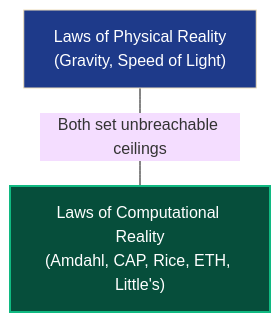
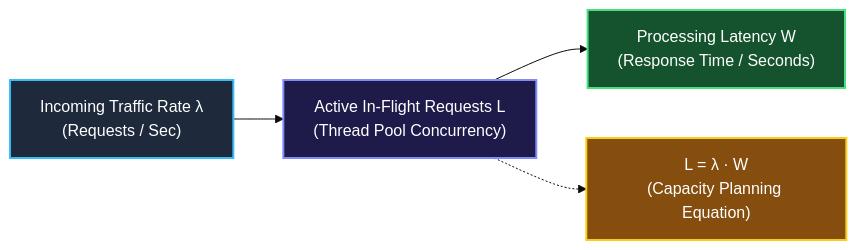
Before and after one commit to vadde/DSA: the diagram in 00 - Fundamentals/000 - Theoretical Foundations (The Complete Guide)/11_metatheorems_and_folklore.md, drawn with Mermaid (base theme). The commit also changed other lines of this file and 14 other files, not shown here.

````diff
--- a/00 - Fundamentals/000 - Theoretical Foundations (The Complete Guide)/11_metatheorems_and_folklore.md
+++ b/00 - Fundamentals/000 - Theoretical Foundations (The Complete Guide)/11_metatheorems_and_folklore.md
@@ -15,10 +50,12 @@
 ```mermaid
-flowchart TD
-    PHYS["Laws of Physical Reality\n(Gravity, Speed of Light)"]
-    CS["Laws of Computational Reality\n(Amdahl, CAP, Rice, ETH, Little's)"]
+flowchart LR
+    Traffic["Incoming Traffic Rate λ\n(Requests / Sec)"] --> Service["Active In-Flight Requests L\n(Thread Pool Concurrency)"]
+    Service --> Latency["Processing Latency W\n(Response Time / Seconds)"]
 
-    PHYS ---|"Both set unbreachable ceilings"| CS
+    Service -.-> Formula["L = λ · W\n(Capacity Planning Equation)"]
 
-    style PHYS fill:#1e3a8a,color:#ffffff
-    style CS fill:#064e3b,color:#ffffff,stroke:#10b981,stroke-width:2px
+    style Traffic fill:#1e293b,stroke:#38bdf8,stroke-width:2px,color:#fff
+    style Service fill:#1e1b4b,stroke:#818cf8,stroke-width:2px,color:#fff
+    style Latency fill:#14532d,stroke:#4ade80,stroke-width:2px,color:#fff
+    style Formula fill:#854d0e,stroke:#facc15,stroke-width:2px,color:#fff
 ```
````
